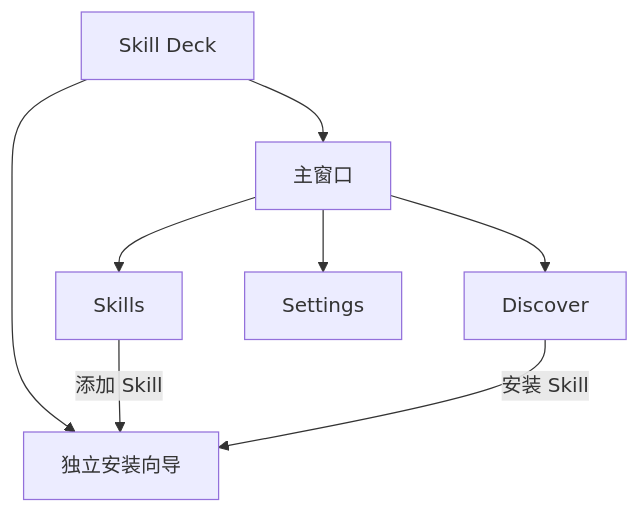
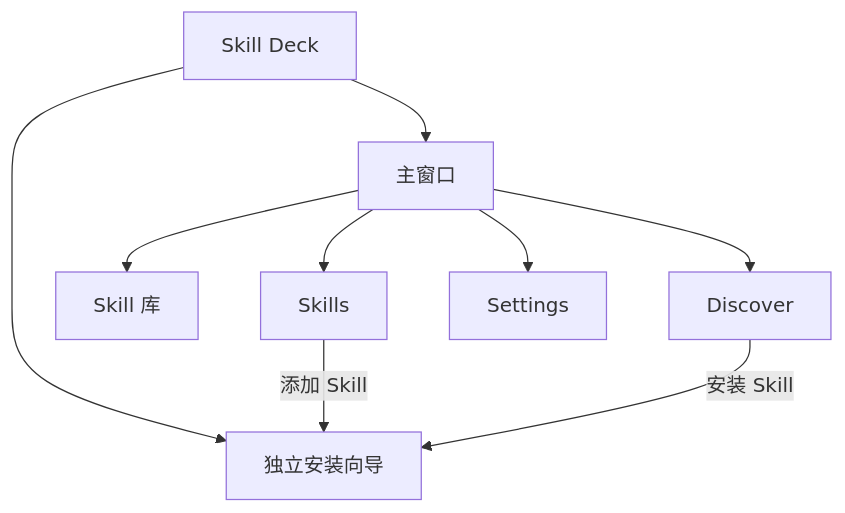
The second of 3 diagrams in docs/product.md (Hccake/skill-deck), drawn with Mermaid before and after one commit. The commit also changed other lines of this file and 14 other files, not shown here.

````diff
--- a/docs/product.md
+++ b/docs/product.md
@@ -31,10 +31,11 @@
 ```mermaid
 flowchart TD
     App["Skill Deck"] --> Main["主窗口"]
     App --> Wizard["独立安装向导"]
     Main --> Skills["Skills"]
+    Main --> Libraries["Skill 库"]
     Main --> Discover["Discover"]
     Main --> Settings["Settings"]
     Skills -->|"添加 Skill"| Wizard
     Discover -->|"安装 Skill"| Wizard
 ```
````
